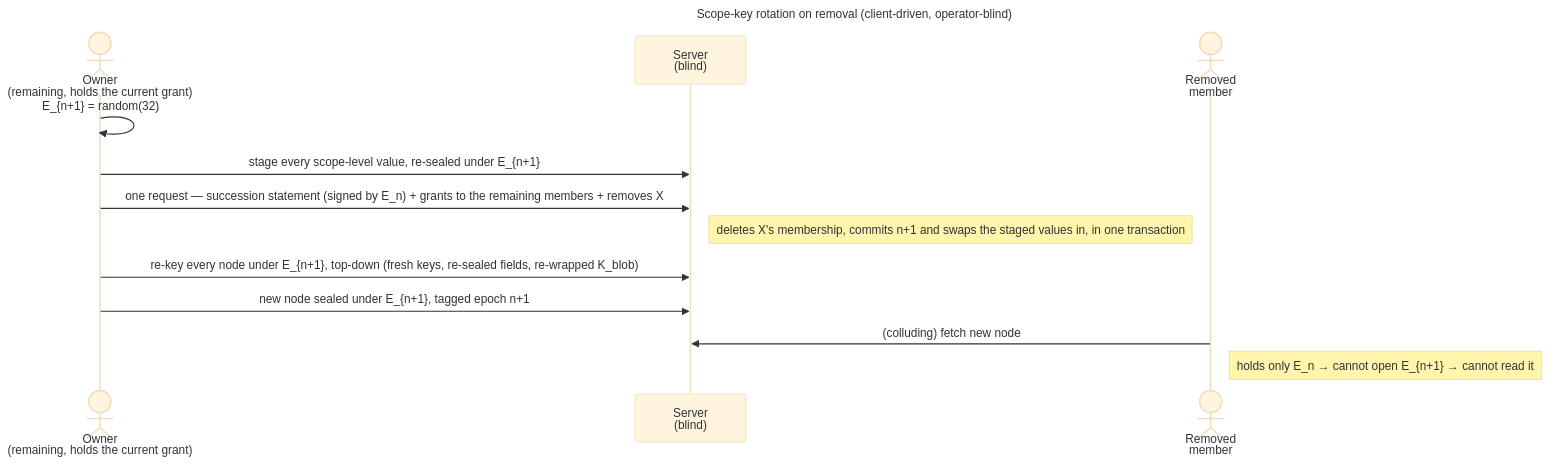
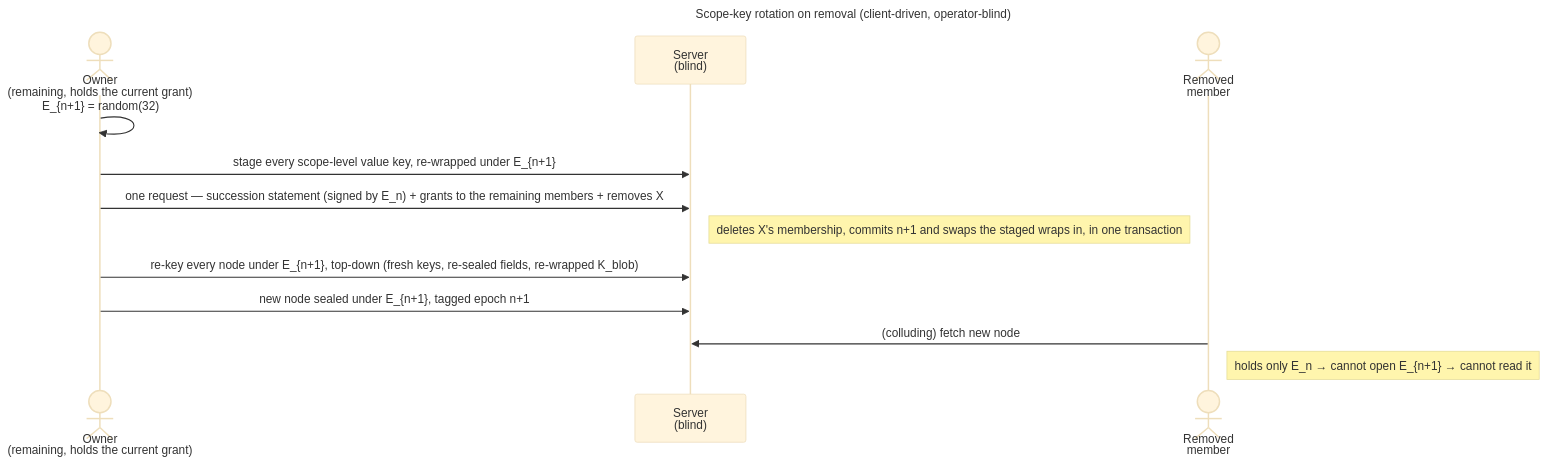
One commit to raddatzk/veyq changed the diagram in docs/features/spaces/enablers/en.spaces.scope-key-rotation.md. Above: the diagram before and after it, drawn with Mermaid (base theme). The commit also changed other lines of this file and 31 other files, not shown here.

First line of the commit message:
docs: a rotation re-wraps the keys of values, never the values (ADR 0115)

````diff
--- a/docs/features/spaces/enablers/en.spaces.scope-key-rotation.md
+++ b/docs/features/spaces/enablers/en.spaces.scope-key-rotation.md
@@ -62,17 +65,17 @@
 ```mermaid
 ---
 title: Scope-key rotation on removal (client-driven, operator-blind)
 ---
 sequenceDiagram
   actor O as Owner<br>(remaining, holds the current grant)
   participant S as Server<br>(blind)
   actor X as Removed<br>member
   O->>O: E_{n+1} = random(32)
-  O->>S: stage every scope-level value, re-sealed under E_{n+1}
+  O->>S: stage every scope-level value key, re-wrapped under E_{n+1}
   O->>S: one request — succession statement (signed by E_n) + grants to the remaining members + removes X
-  Note right of S: deletes X's membership, commits n+1 and swaps the staged values in, in one transaction
+  Note right of S: deletes X's membership, commits n+1 and swaps the staged wraps in, in one transaction
   O->>S: re-key every node under E_{n+1}, top-down (fresh keys, re-sealed fields, re-wrapped K_blob)
   O->>S: new node sealed under E_{n+1}, tagged epoch n+1
   X->>S: (colluding) fetch new node
   Note right of X: holds only E_n → cannot open E_{n+1} → cannot read it
 ```
````
